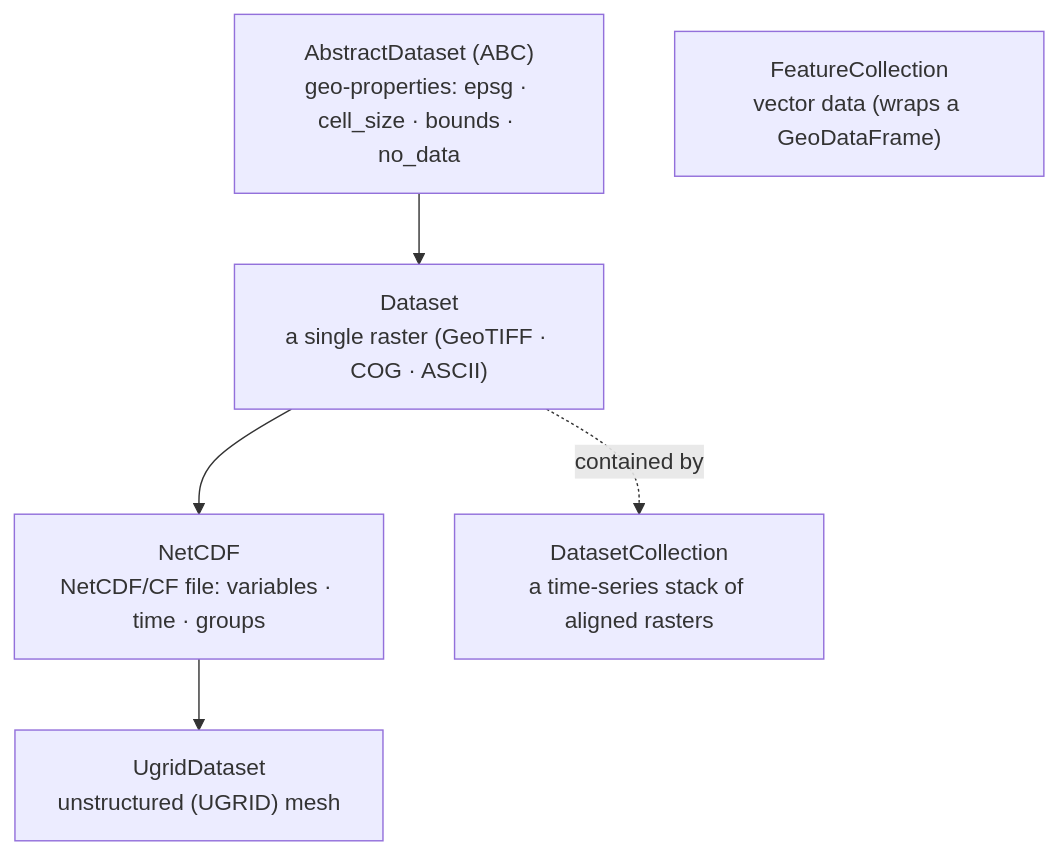
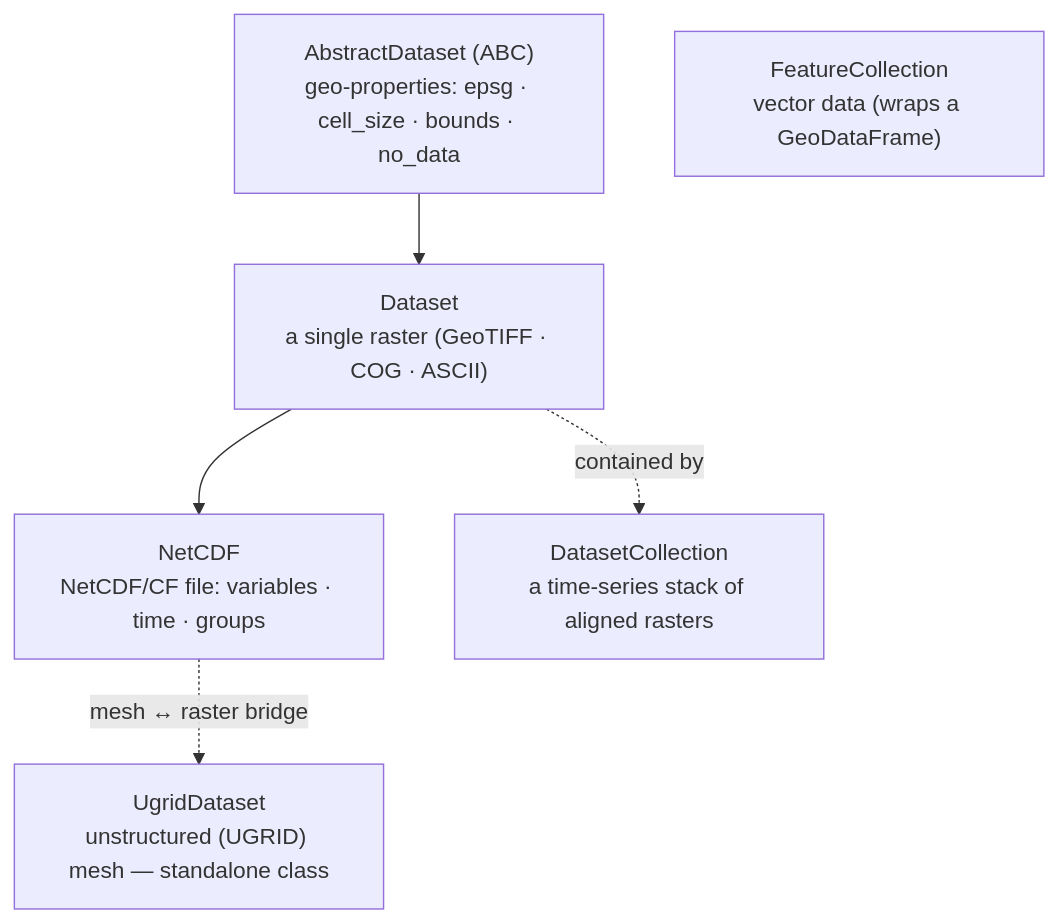
One commit to serapeum-org/pyramids changed the diagram in docs/concepts.md. Above: the diagram before and after it, drawn with Mermaid.

Commit message:
docs(concepts): show UgridDataset as a standalone class, not a NetCDF subclass (M2)

````diff
--- a/docs/concepts.md
+++ b/docs/concepts.md
@@ -9,10 +9,11 @@
 ```mermaid
 flowchart TB
     AD["AbstractDataset (ABC)<br/>geo-properties: epsg · cell_size · bounds · no_data"]
     AD --> DS["Dataset<br/>a single raster (GeoTIFF · COG · ASCII)"]
     DS --> NC["NetCDF<br/>NetCDF/CF file: variables · time · groups"]
-    NC --> UG["UgridDataset<br/>unstructured (UGRID) mesh"]
+    UG["UgridDataset<br/>unstructured (UGRID) mesh — standalone class"]
     DC["DatasetCollection<br/>a time-series stack of aligned rasters"]
     FC["FeatureCollection<br/>vector data (wraps a GeoDataFrame)"]
+    NC -. "mesh ↔ raster bridge" .-> UG
     DS -. "contained by" .-> DC
 ```
````
